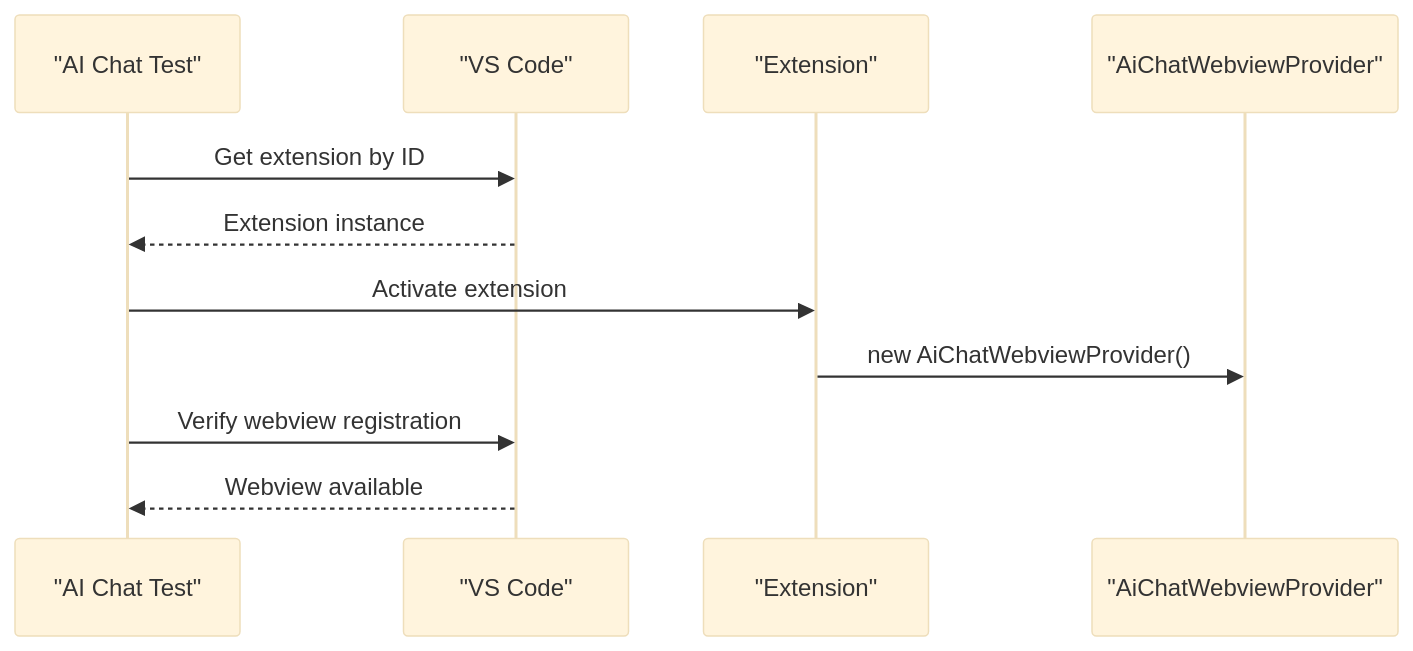
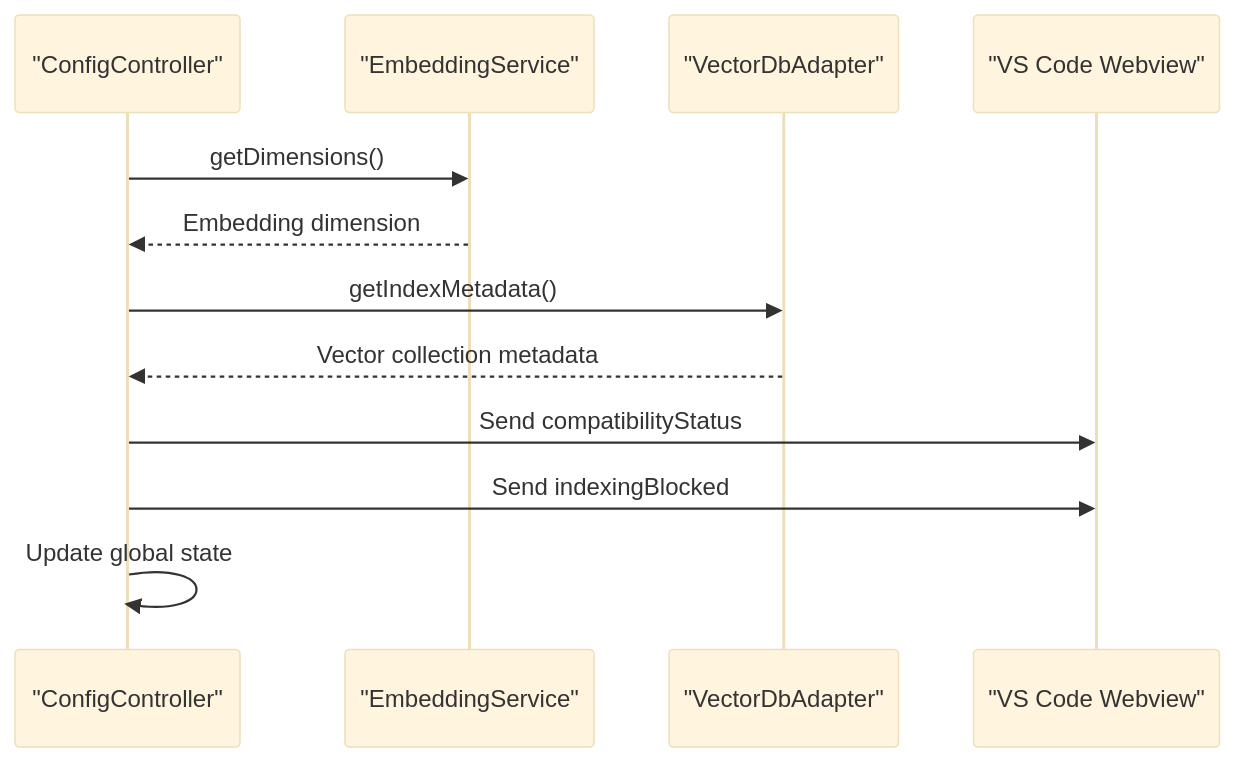
The eighth of 20 diagrams in .qoder/repowiki/en/content/Testing Framework/Testing Framework.md (bramburn/repomix-runner), drawn with Mermaid (base theme) before and after one commit. The commit also changed other lines of this file and 41 other files, not shown here.

First line of the commit message:
feat(config): implement auto-generated Qdrant collection names and streamline settings

````diff
--- a/.qoder/repowiki/en/content/Testing Framework/Testing Framework.md
+++ b/.qoder/repowiki/en/content/Testing Framework/Testing Framework.md
@@ -219,13 +332,14 @@
 ```mermaid
 sequenceDiagram
-participant Test as "AI Chat Test"
-participant VS as "VS Code"
-participant Ext as "Extension"
-participant Prov as "AiChatWebviewProvider"
-Test->>VS : Get extension by ID
-VS-->>Test : Extension instance
-Test->>Ext : Activate extension
-Ext->>Prov : new AiChatWebviewProvider()
-Test->>VS : Verify webview registration
-VS-->>Test : Webview available
+participant CC as "ConfigController"
+participant ES as "EmbeddingService"
+participant VDA as "VectorDbAdapter"
+participant VS as "VS Code Webview"
+CC->>ES : getDimensions()
+ES-->>CC : Embedding dimension
+CC->>VDA : getIndexMetadata()
+VDA-->>CC : Vector collection metadata
+CC->>VS : Send compatibilityStatus
+CC->>VS : Send indexingBlocked
+CC->>CC : Update global state
 ```
````
